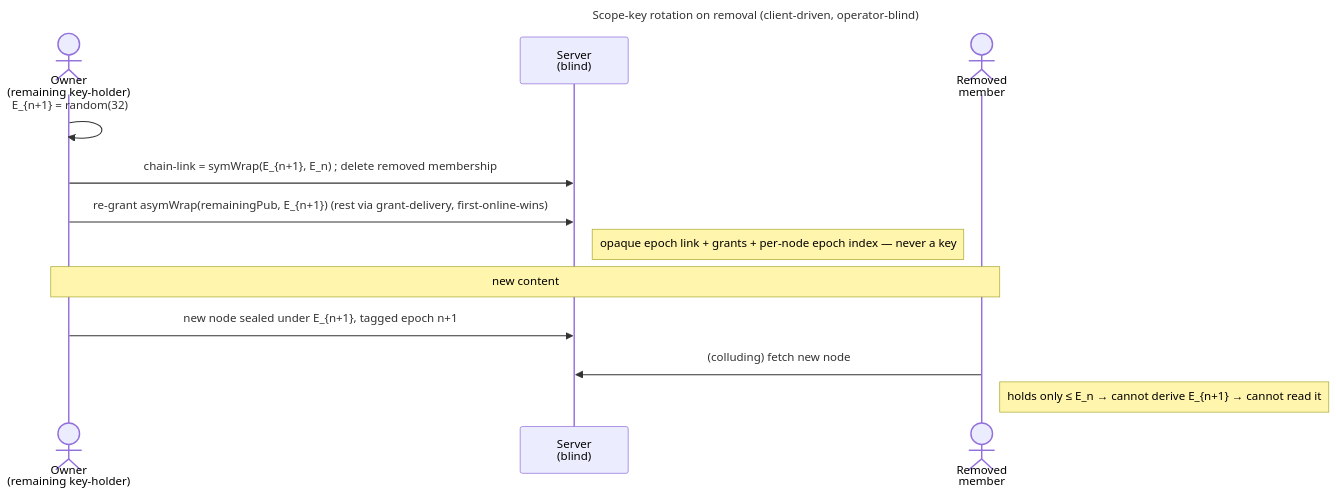
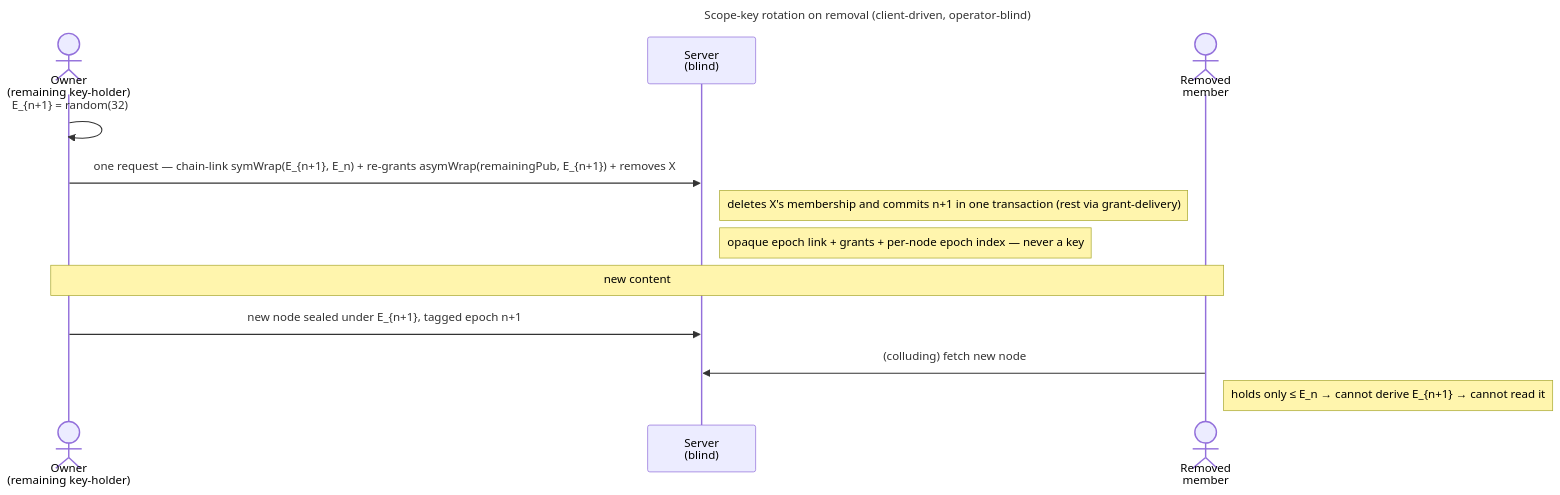
One commit to raddatzk/veyq changed the diagram in docs/features/spaces/enablers/en.spaces.scope-key-rotation.md. Above: the diagram before and after it, drawn with Mermaid. The commit also changed other lines of this file and 8 other files, not shown here.

First line of the commit message:
docs: removal rotates in one request — coverage, ADR 0024, security-model, inbox #161/#178; delete CR

````diff
--- a/docs/features/spaces/enablers/en.spaces.scope-key-rotation.md
+++ b/docs/features/spaces/enablers/en.spaces.scope-key-rotation.md
@@ -54,17 +54,17 @@
 ```mermaid
 ---
 title: Scope-key rotation on removal (client-driven, operator-blind)
 ---
 sequenceDiagram
   actor O as Owner<br>(remaining key-holder)
   participant S as Server<br>(blind)
   actor X as Removed<br>member
   O->>O: E_{n+1} = random(32)
-  O->>S: chain-link = symWrap(E_{n+1}, E_n)   #59; delete removed membership
-  O->>S: re-grant asymWrap(remainingPub, E_{n+1})  (rest via grant-delivery, first-online-wins)
+  O->>S: one request — chain-link symWrap(E_{n+1}, E_n) + re-grants asymWrap(remainingPub, E_{n+1}) + removes X
+  Note right of S: deletes X's membership and commits n+1 in one transaction (rest via grant-delivery)
   Note right of S: opaque epoch link + grants + per-node epoch index — never a key
   Note over O,X: new content
   O->>S: new node sealed under E_{n+1}, tagged epoch n+1
   X->>S: (colluding) fetch new node
   Note right of X: holds only ≤ E_n → cannot derive E_{n+1} → cannot read it
 ```
````
